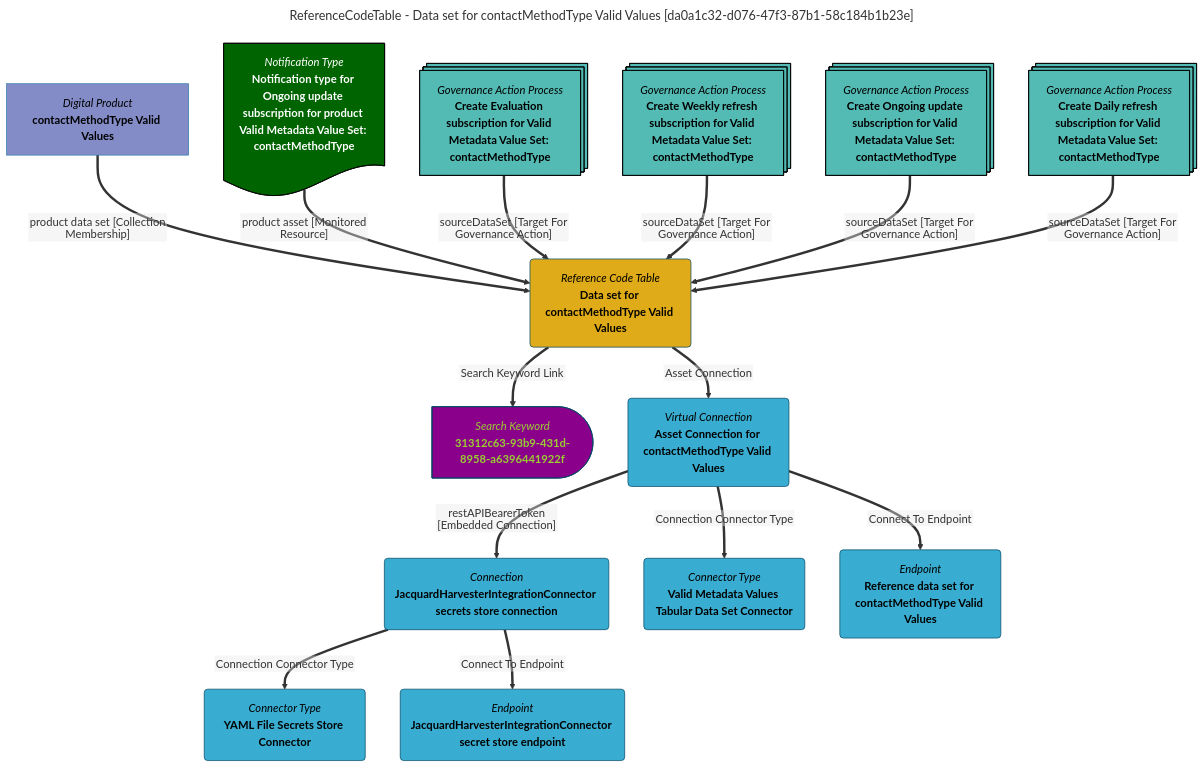
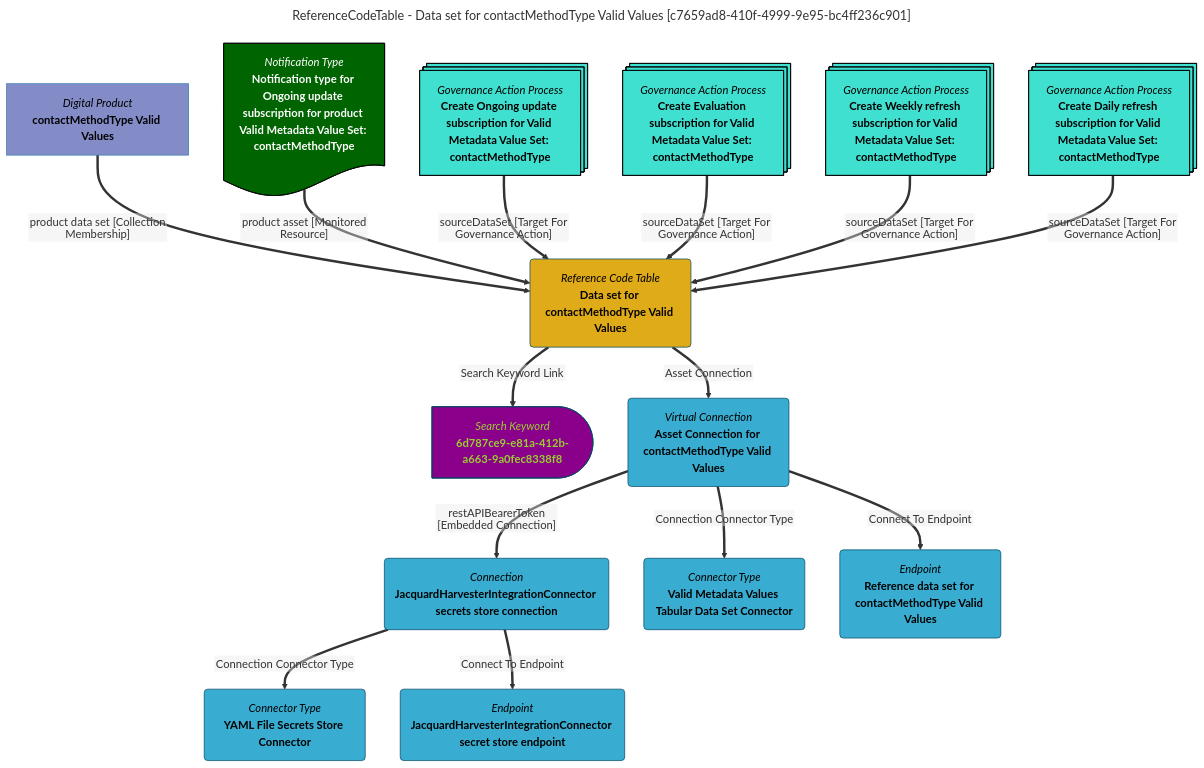
The diagram in site/snippets/data-assets/data-set-for-contactmethodtype-valid-values-mermaid-graph.md (odpi/egeria-docs), drawn with Mermaid before and after one commit. The commit also changed 2201 other files, not shown here.

````diff
--- a/site/snippets/data-assets/data-set-for-contactmethodtype-valid-values-mermaid-graph.md
+++ b/site/snippets/data-assets/data-set-for-contactmethodtype-valid-values-mermaid-graph.md
@@ -1,63 +1,63 @@
 ```mermaid
 ---
-title: ReferenceCodeTable - Data set for contactMethodType Valid Values [da0a1c32-d076-47f3-87b1-58c184b1b23e]
+title: ReferenceCodeTable - Data set for contactMethodType Valid Values [c7659ad8-410f-4999-9e95-bc4ff236c901]
 ---
 flowchart TD
 %%{init: {"flowchart": {"htmlLabels": false}} }%%
 
 1@{ shape: rounded, label: "*Reference Code Table*
 **Data set for contactMethodType Valid Values**"}
 2@{ shape: delay, label: "*Search Keyword*
-**31312c63-93b9-431d-8958-a6396441922f**"}
+**6d787ce9-e81a-412b-a663-9a0fec8338f8**"}
 1==>|"Search Keyword Link"|2
 3@{ shape: rect, label: "*Digital Product*
 **contactMethodType Valid Values**"}
 3==>|"product data set [Collection Membership]"|1
 4@{ shape: rounded, label: "*Virtual Connection*
 **Asset Connection for contactMethodType Valid Values**"}
 1==>|"Asset Connection"|4
 5@{ shape: rounded, label: "*Connection*
 **JacquardHarvesterIntegrationConnector secrets store connection**"}
 4==>|"restAPIBearerToken [Embedded Connection]"|5
 6@{ shape: rounded, label: "*Connector Type*
 **YAML File Secrets Store Connector**"}
 5==>|"Connection Connector Type"|6
 7@{ shape: rounded, label: "*Endpoint*
 **JacquardHarvesterIntegrationConnector secret store endpoint**"}
 5==>|"Connect To Endpoint"|7
 8@{ shape: rounded, label: "*Connector Type*
 **Valid Metadata Values Tabular Data Set Connector**"}
 4==>|"Connection Connector Type"|8
 9@{ shape: rounded, label: "*Endpoint*
 **Reference data set for contactMethodType Valid Values**"}
 4==>|"Connect To Endpoint"|9
 10@{ shape: doc, label: "*Notification Type*
 **Notification type for Ongoing update subscription for product Valid Metadata Value Set: contactMethodType**"}
 10==>|"product asset [Monitored Resource]"|1
 11@{ shape: processes, label: "*Governance Action Process*
-**Create Evaluation subscription for Valid Metadata Value Set: contactMethodType**"}
+**Create Ongoing update subscription for Valid Metadata Value Set: contactMethodType**"}
 11==>|"sourceDataSet [Target For Governance Action]"|1
 12@{ shape: processes, label: "*Governance Action Process*
-**Create Weekly refresh subscription for Valid Metadata Value Set: contactMethodType**"}
+**Create Evaluation subscription for Valid Metadata Value Set: contactMethodType**"}
 12==>|"sourceDataSet [Target For Governance Action]"|1
 13@{ shape: processes, label: "*Governance Action Process*
-**Create Ongoing update subscription for Valid Metadata Value Set: contactMethodType**"}
+**Create Weekly refresh subscription for Valid Metadata Value Set: contactMethodType**"}
 13==>|"sourceDataSet [Target For Governance Action]"|1
 14@{ shape: processes, label: "*Governance Action Process*
 **Create Daily refresh subscription for Valid Metadata Value Set: contactMethodType**"}
 14==>|"sourceDataSet [Target For Governance Action]"|1
-style 11 color:#000000, fill:#53bbb4, stroke:#000000
-style 12 color:#000000, fill:#53bbb4, stroke:#000000
-style 13 color:#000000, fill:#53bbb4, stroke:#000000
-style 14 color:#000000, fill:#53bbb4, stroke:#000000
+style 11 color:#000000, fill:#40E0D0, stroke:#000000
+style 12 color:#000000, fill:#40E0D0, stroke:#000000
+style 13 color:#000000, fill:#40E0D0, stroke:#000000
+style 14 color:#000000, fill:#40E0D0, stroke:#000000
 style 1 color:#000000, fill:#e0ab18, stroke:#004563
-style 2 color:#9acd32, fill:#8b008b, stroke:#004563
+style 2 color:#9ACD32, fill:#8B008B, stroke:#004563
 style 3 color:#000000, fill:#838cc7, stroke:#3079ab
 style 4 color:#000000, fill:#39add1, stroke:#004563
 style 5 color:#000000, fill:#39add1, stroke:#004563
 style 6 color:#000000, fill:#39add1, stroke:#004563
 style 7 color:#000000, fill:#39add1, stroke:#004563
 style 8 color:#000000, fill:#39add1, stroke:#004563
 style 9 color:#000000, fill:#39add1, stroke:#004563
 style 10 color:#FFFFFF, fill:#006400, stroke:#000000
 ```
````
